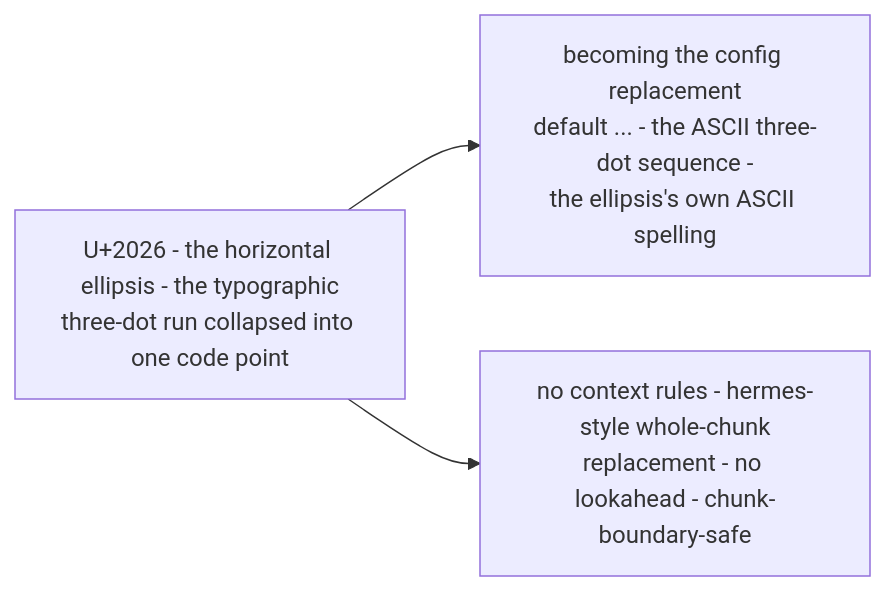
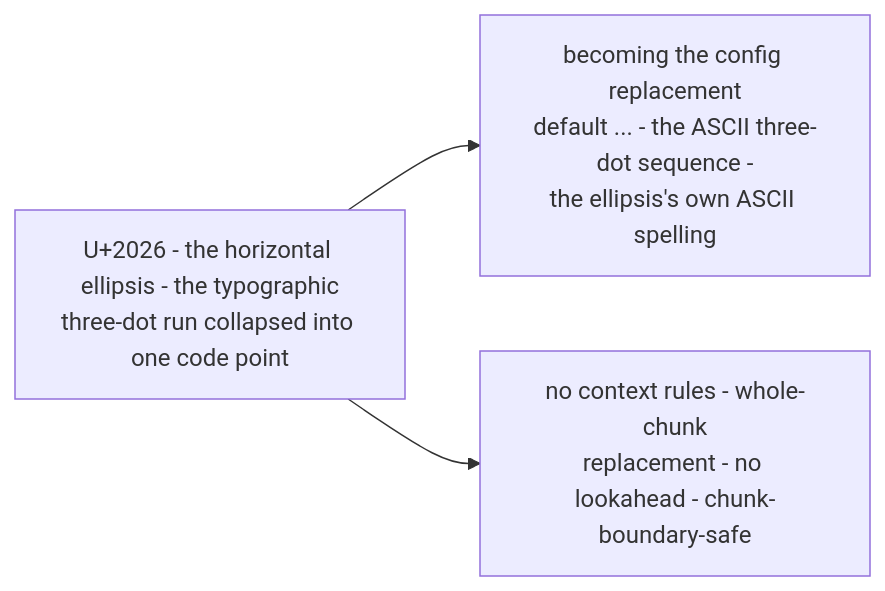
The diagram in Source/Content/Mermaid/ellipsis-coverage.mmd (PlayForm/Site-DeepSeek), drawn with Mermaid before and after one commit. The commit also changed 48 other files, not shown here.

```diff
--- a/Source/Content/Mermaid/ellipsis-coverage.mmd
+++ b/Source/Content/Mermaid/ellipsis-coverage.mmd
@@ -1,6 +1,6 @@
 flowchart LR
 	U["U+2026 - the horizontal ellipsis - the typographic<br/>three-dot run collapsed into one code point"]
 	REP["becoming the config replacement<br/>default ... - the ASCII three-dot sequence -<br/>the ellipsis's own ASCII spelling"]
-	NO["no context rules - hermes-style whole-chunk<br/>replacement - no lookahead - chunk-boundary-safe"]
+	NO["no context rules - whole-chunk<br/>replacement - no lookahead - chunk-boundary-safe"]
 	U --> REP
 	U --> NO
```
